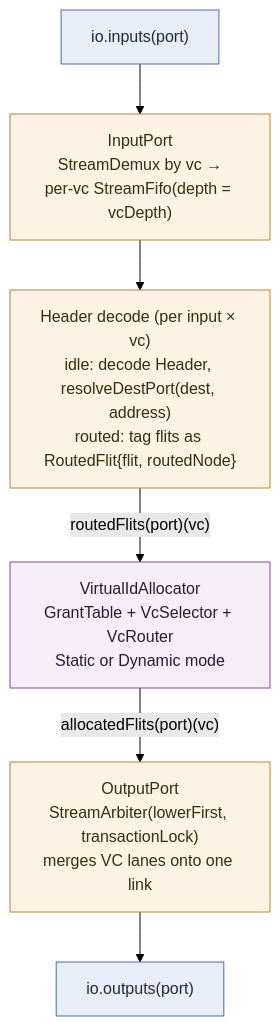
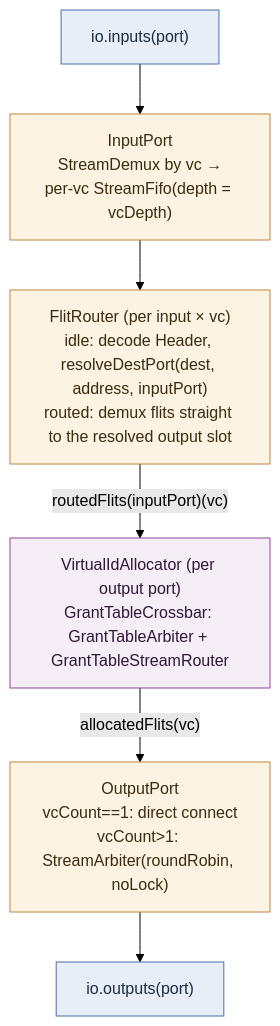
The tenth of 16 diagrams in hw/spinal/spinalextras/lib/noc/README.md (jdavidberger/SpinalHDLExtras), drawn with Mermaid (forest theme) before and after one commit. The commit also changed other lines of this file, not shown here.

First line of the commit message:
Rewrite lib/noc README to match current architecture

````diff
--- a/hw/spinal/spinalextras/lib/noc/README.md
+++ b/hw/spinal/spinalextras/lib/noc/README.md
@@ -283,12 +356,12 @@
 ```mermaid
 flowchart TB
   classDef ext fill:#e8eef7,stroke:#4b6fa8,color:#1c2b40
   classDef stage fill:#fdf3e3,stroke:#b8863b,color:#3a2c10
   classDef alloc fill:#f5eef7,stroke:#8a4a97,color:#2f1834
 
   ExtIn["io.inputs(port)"]:::ext --> IP["InputPort<br/>StreamDemux by vc →<br/>per-vc StreamFifo(depth = vcDepth)"]:::stage
-  IP --> HD["Header decode (per input × vc)<br/>idle: decode Header, resolveDestPort(dest, address)<br/>routed: tag flits as RoutedFlit{flit, routedNode}"]:::stage
-  HD -->|"routedFlits(port)(vc)"| VIA["VirtualIdAllocator<br/>GrantTable + VcSelector + VcRouter<br/>Static or Dynamic mode"]:::alloc
-  VIA -->|"allocatedFlits(port)(vc)"| OP["OutputPort<br/>StreamArbiter(lowerFirst, transactionLock)<br/>merges VC lanes onto one link"]:::stage
+  IP --> HD["FlitRouter (per input × vc)<br/>idle: decode Header, resolveDestPort(dest, address, inputPort)<br/>routed: demux flits straight to the resolved output slot"]:::stage
+  HD -->|"routedFlits(inputPort)(vc)"| VIA["VirtualIdAllocator (per output port)<br/>GrantTableCrossbar: GrantTableArbiter + GrantTableStreamRouter"]:::alloc
+  VIA -->|"allocatedFlits(vc)"| OP["OutputPort<br/>vcCount==1: direct connect<br/>vcCount>1: StreamArbiter(roundRobin, noLock)"]:::stage
   OP --> ExtOut["io.outputs(port)"]:::ext
 ```
````
